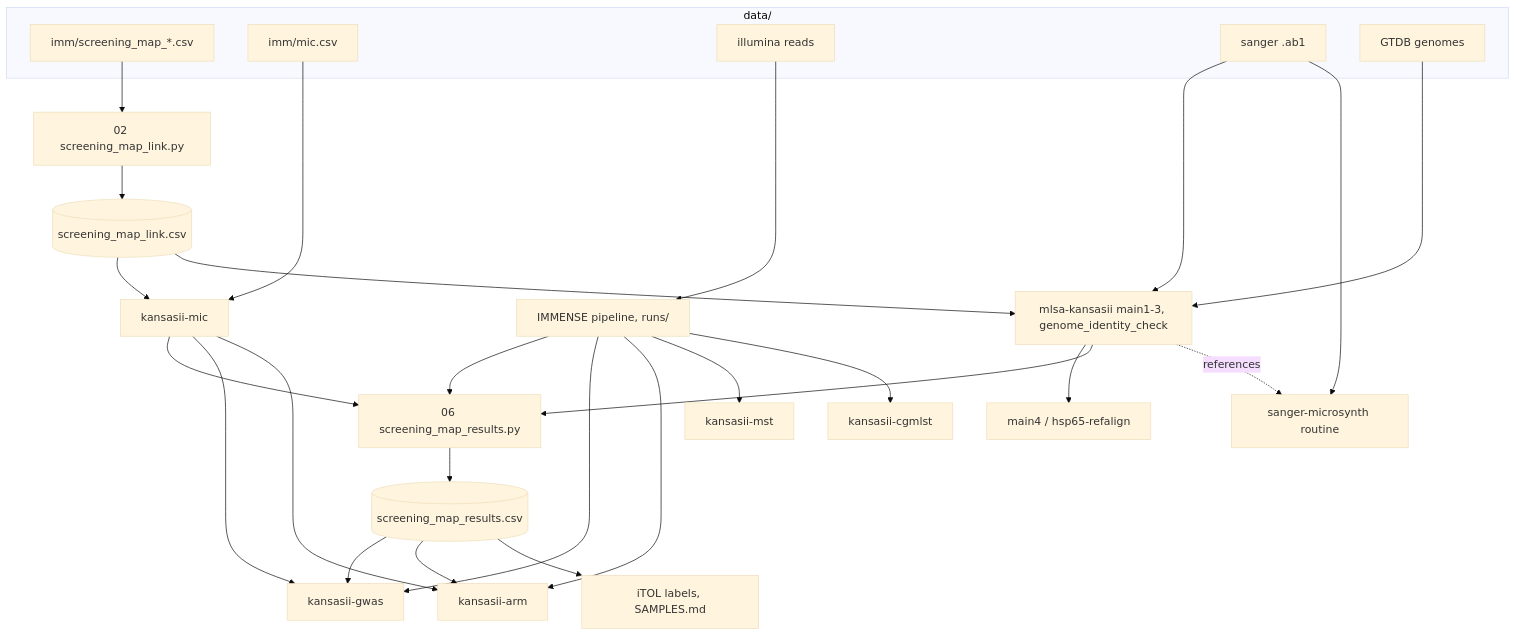
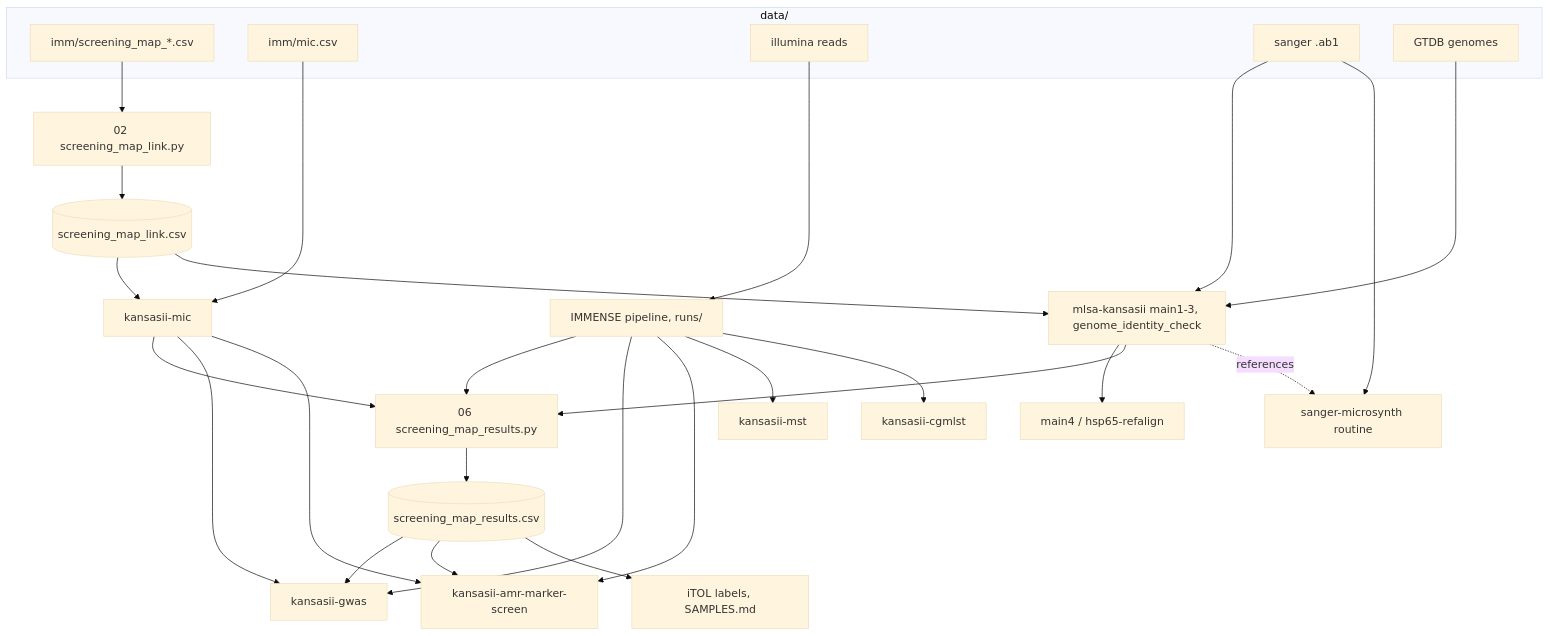
One commit to michaelmeuli/kansasii-docs changed the diagram in docs/DATAFLOW.md. Above: the diagram before and after it, drawn with Mermaid (base theme). The commit also changed other lines of this file and 2 other files, not shown here.

Commit message:
Rename kansasii-arm to kansasii-amr-marker-screen

````diff
--- a/docs/DATAFLOW.md
+++ b/docs/DATAFLOW.md
@@ -6,34 +6,34 @@
 ```mermaid
 flowchart TD
   subgraph inputs [data/]
     SM[imm/screening_map_*.csv]
     MICIN[imm/mic.csv]
     READS[illumina reads]
     SANG[sanger .ab1]
     GTDB[GTDB genomes]
   end
   SM --> LINK[02 screening_map_link.py]
   LINK --> LT[(screening_map_link.csv)]
   READS --> PIPE[IMMENSE pipeline, runs/]
   LT --> MIC[kansasii-mic]
   MICIN --> MIC
   GTDB --> MLSA[mlsa-kansasii main1-3, genome_identity_check]
   SANG --> MLSA
   LT --> MLSA
   MLSA --> M4[main4 / hsp65-refalign]
   MIC --> RES[06 screening_map_results.py]
   MLSA --> RES
   PIPE --> RES
   RES --> RT[(screening_map_results.csv)]
   RT --> GWAS[kansasii-gwas]
-  RT --> ARM[kansasii-arm]
+  RT --> ARM[kansasii-amr-marker-screen]
   MIC --> GWAS
   MIC --> ARM
   PIPE --> GWAS
   PIPE --> ARM
   PIPE --> MST[kansasii-mst]
   PIPE --> CG[kansasii-cgmlst]
   RT --> ITOL[iTOL labels, SAMPLES.md]
   SANG --> MS[sanger-microsynth routine]
   MLSA -.references.-> MS
 ```
````
